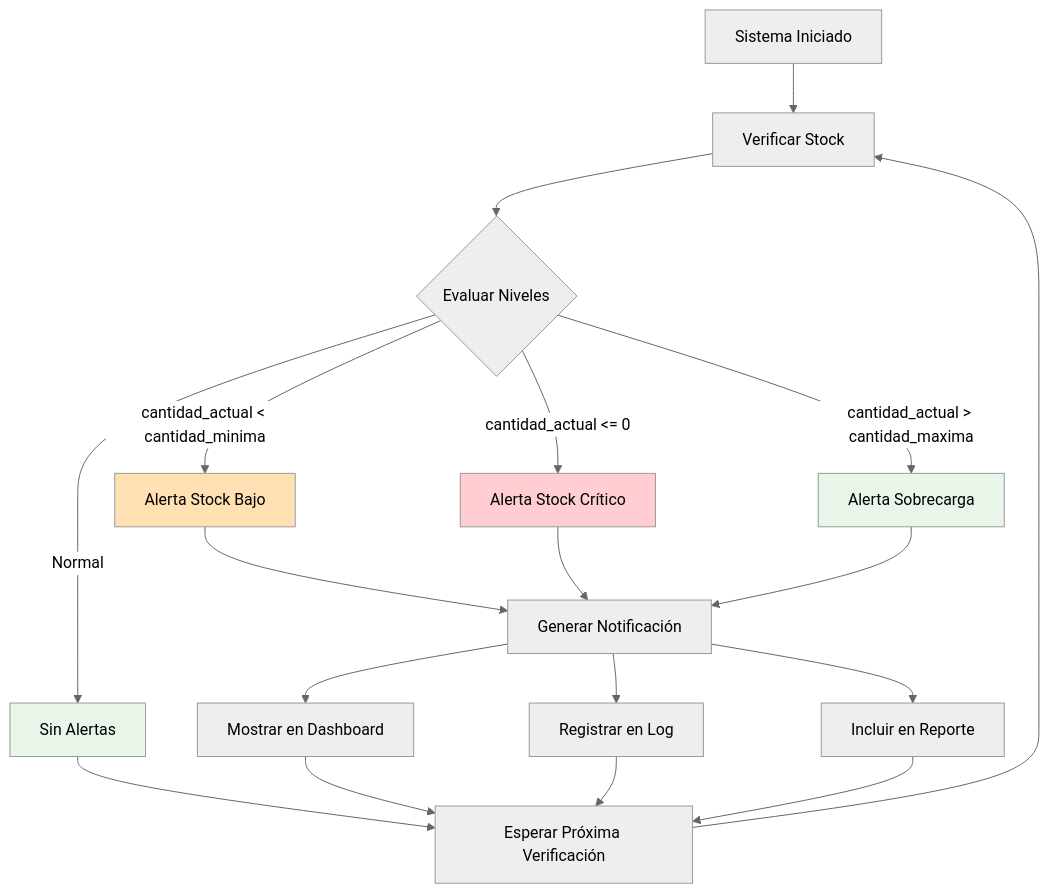
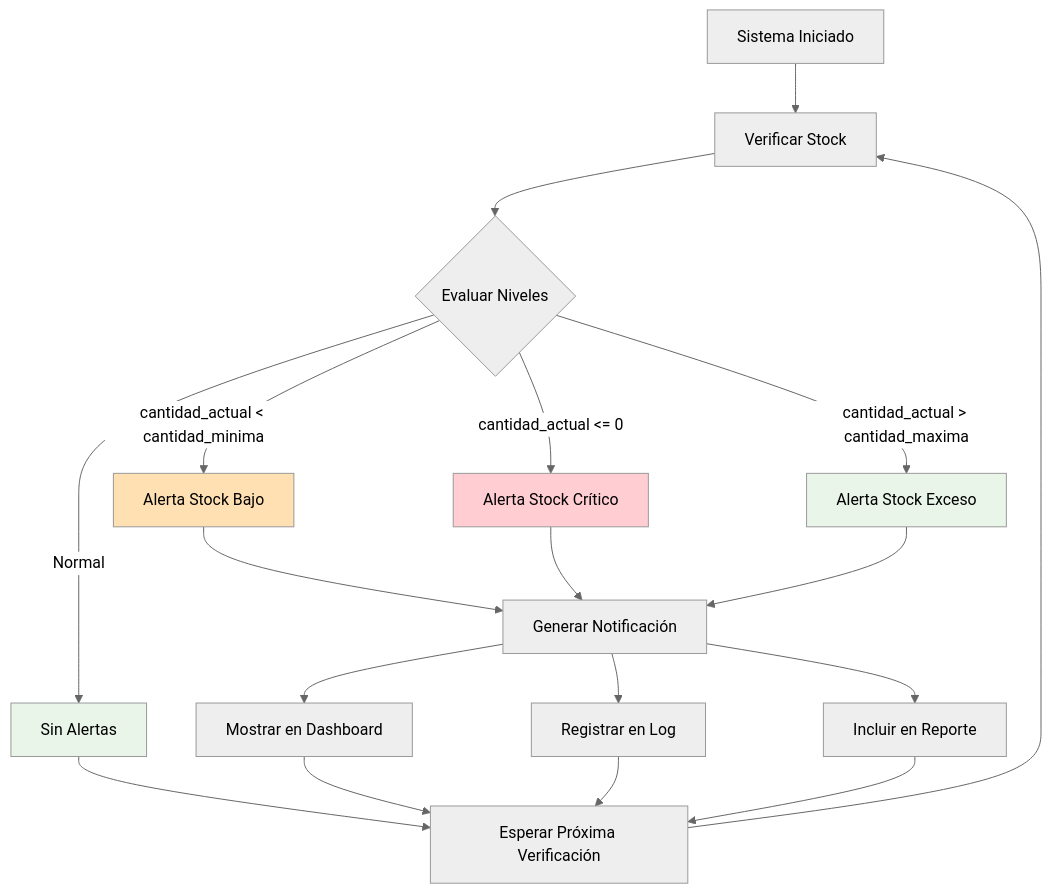
One commit to freyderperez/DelegInsumos changed the fifth of 7 diagrams in architectural_diagrams.md. Above: the diagram before and after it, drawn with Mermaid (neutral theme). The commit also changed other lines of this file and 37 other files, not shown here.

````diff
--- a/architectural_diagrams.md
+++ b/architectural_diagrams.md
@@ -200,31 +199,31 @@
 ```mermaid
 flowchart TD
     START[Sistema Iniciado] --> CHECK[Verificar Stock]
     
     CHECK --> EVAL{Evaluar Niveles}
     
     EVAL -->|cantidad_actual < cantidad_minima| LOW[Alerta Stock Bajo]
     EVAL -->|cantidad_actual <= 0| CRIT[Alerta Stock Crítico]
-    EVAL -->|cantidad_actual > cantidad_maxima| HIGH[Alerta Sobrecarga]
+    EVAL -->|cantidad_actual > cantidad_maxima| HIGH[Alerta Stock Exceso]
     EVAL -->|Normal| OK[Sin Alertas]
     
     LOW --> NOTIF[Generar Notificación]
     CRIT --> NOTIF
     HIGH --> NOTIF
     
     NOTIF --> UI_ALERT[Mostrar en Dashboard]
     NOTIF --> LOG_ALERT[Registrar en Log]
     NOTIF --> REPORT_ALERT[Incluir en Reporte]
     
     OK --> WAIT[Esperar Próxima Verificación]
     UI_ALERT --> WAIT
     LOG_ALERT --> WAIT
     REPORT_ALERT --> WAIT
     
     WAIT --> CHECK
     
     style CRIT fill:#ffcdd2
     style LOW fill:#ffe0b2
     style HIGH fill:#e8f5e8
     style OK fill:#e8f5e8
 ```
````
